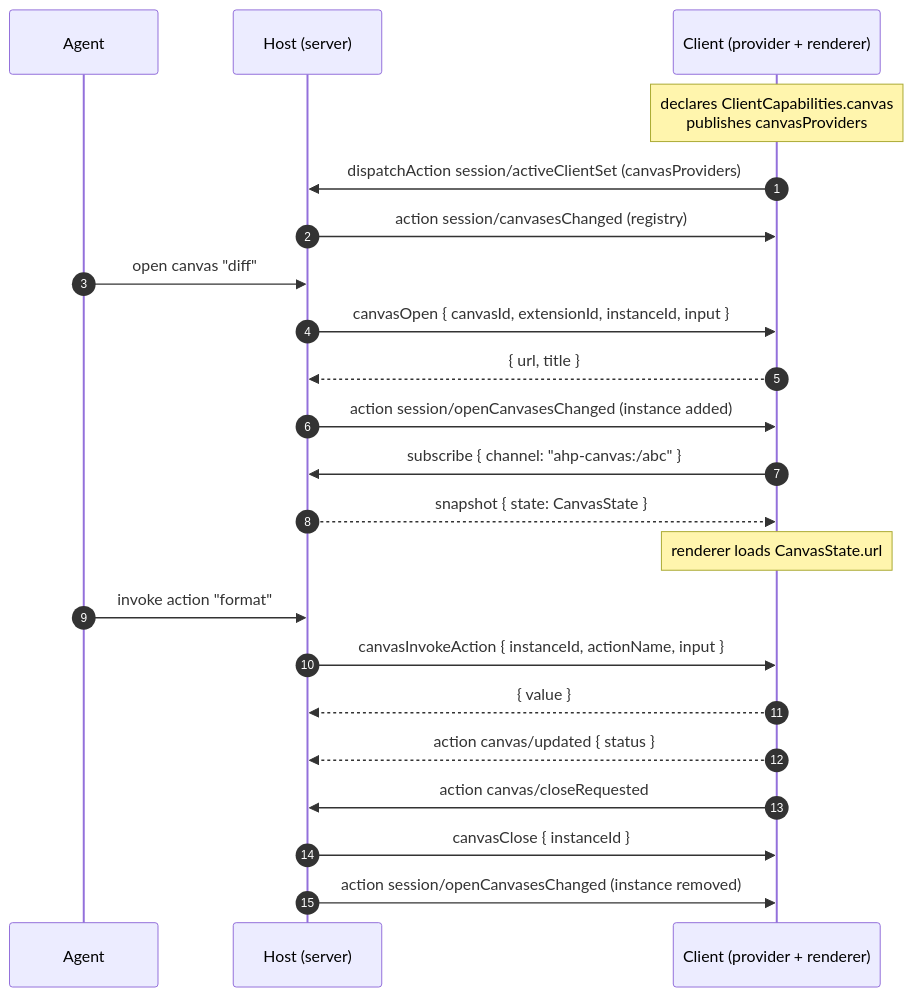
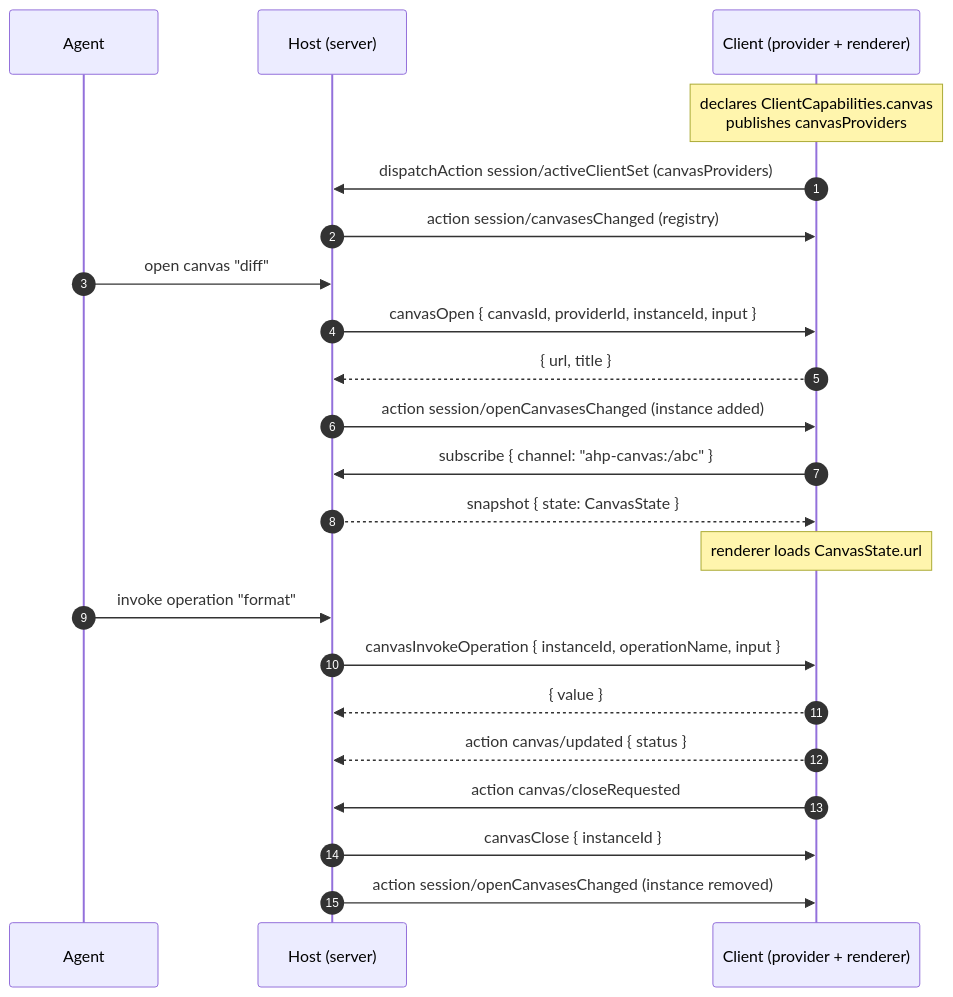
Before and after one commit to microsoft/agent-host-protocol: the diagram in docs/specification/canvas-channel.md, drawn with Mermaid. The commit also changed other lines of this file and 52 other files, not shown here.

First line of the commit message:
Address canvas review: providerId rename, operation vocabulary, drop message/read paths

````diff
--- a/docs/specification/canvas-channel.md
+++ b/docs/specification/canvas-channel.md
@@ -157,28 +153,28 @@
 ```mermaid
 sequenceDiagram
     autonumber
     participant A as Agent
     participant H as Host (server)
     participant C as Client (provider + renderer)
 
     Note over C: declares ClientCapabilities.canvas<br/>publishes canvasProviders
     C->>H: dispatchAction session/activeClientSet (canvasProviders)
     H->>C: action session/canvasesChanged (registry)
 
     A->>H: open canvas "diff"
-    H->>C: canvasOpen { canvasId, extensionId, instanceId, input }
+    H->>C: canvasOpen { canvasId, providerId, instanceId, input }
     C-->>H: { url, title }
     H->>C: action session/openCanvasesChanged (instance added)
     C->>H: subscribe { channel: "ahp-canvas:/abc" }
     H-->>C: snapshot { state: CanvasState }
 
     Note over C: renderer loads CanvasState.url
-    A->>H: invoke action "format"
-    H->>C: canvasInvokeAction { instanceId, actionName, input }
+    A->>H: invoke operation "format"
+    H->>C: canvasInvokeOperation { instanceId, operationName, input }
     C-->>H: { value }
     C-->>H: action canvas/updated { status }
 
     C->>H: action canvas/closeRequested
     H->>C: canvasClose { instanceId }
     H->>C: action session/openCanvasesChanged (instance removed)
 ```
````
